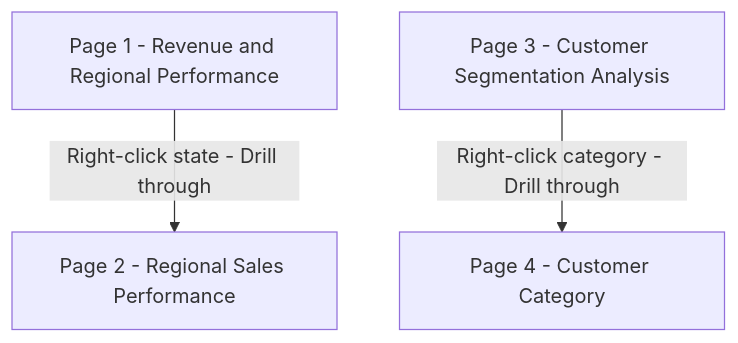
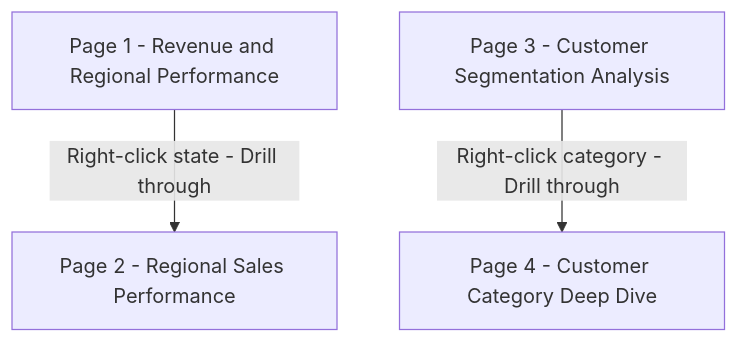
The diagram in README.md (nive710/WWI-Power-BI-Portfolio), drawn with Mermaid before and after one commit. The commit also changed other lines of this file, not shown here.

````diff
--- a/README.md
+++ b/README.md
@@ -30,5 +30,5 @@
 ```mermaid
 graph TD
     A[Page 1 - Revenue and Regional Performance] -->|Right-click state - Drill through| B[Page 2 - Regional Sales Performance]
-    C[Page 3 - Customer Segmentation Analysis] -->|Right-click category - Drill through| D[Page 4 - Customer Category]
+    C[Page 3 - Customer Segmentation Analysis] -->|Right-click category - Drill through| D[Page 4 - Customer Category Deep Dive]
 ```
````
